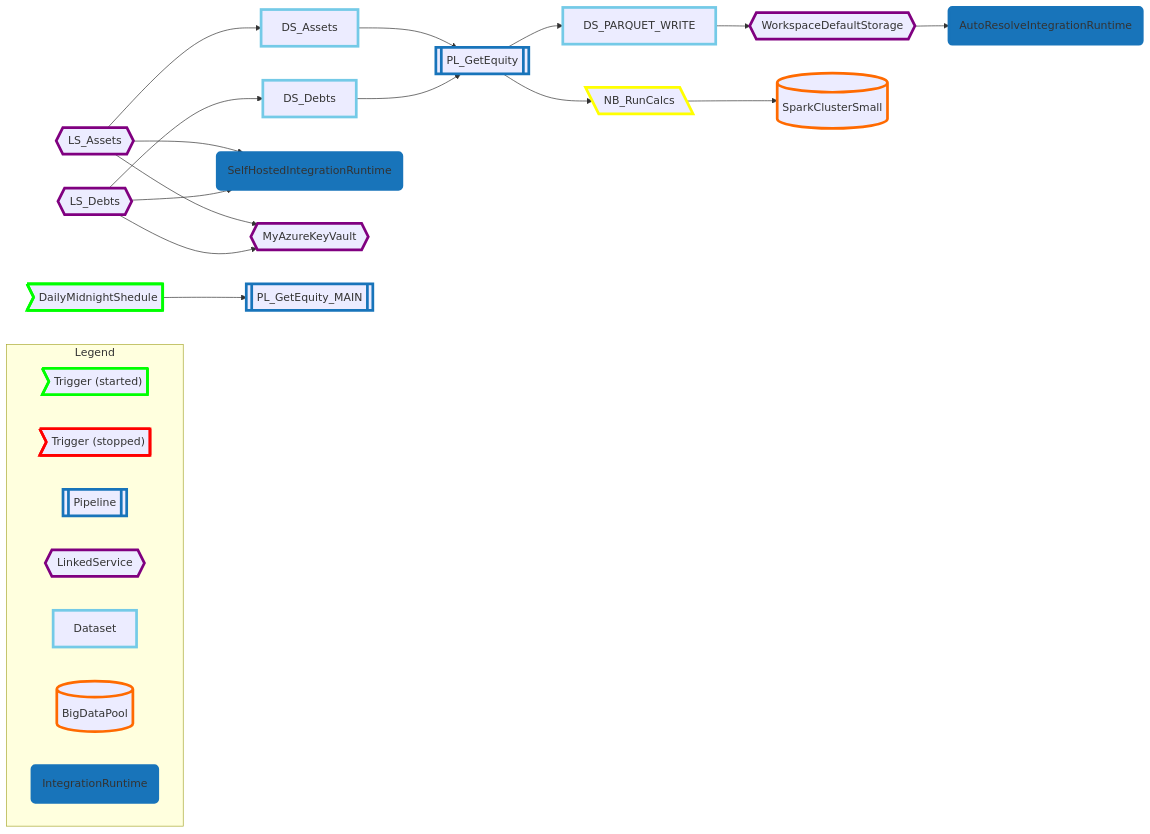
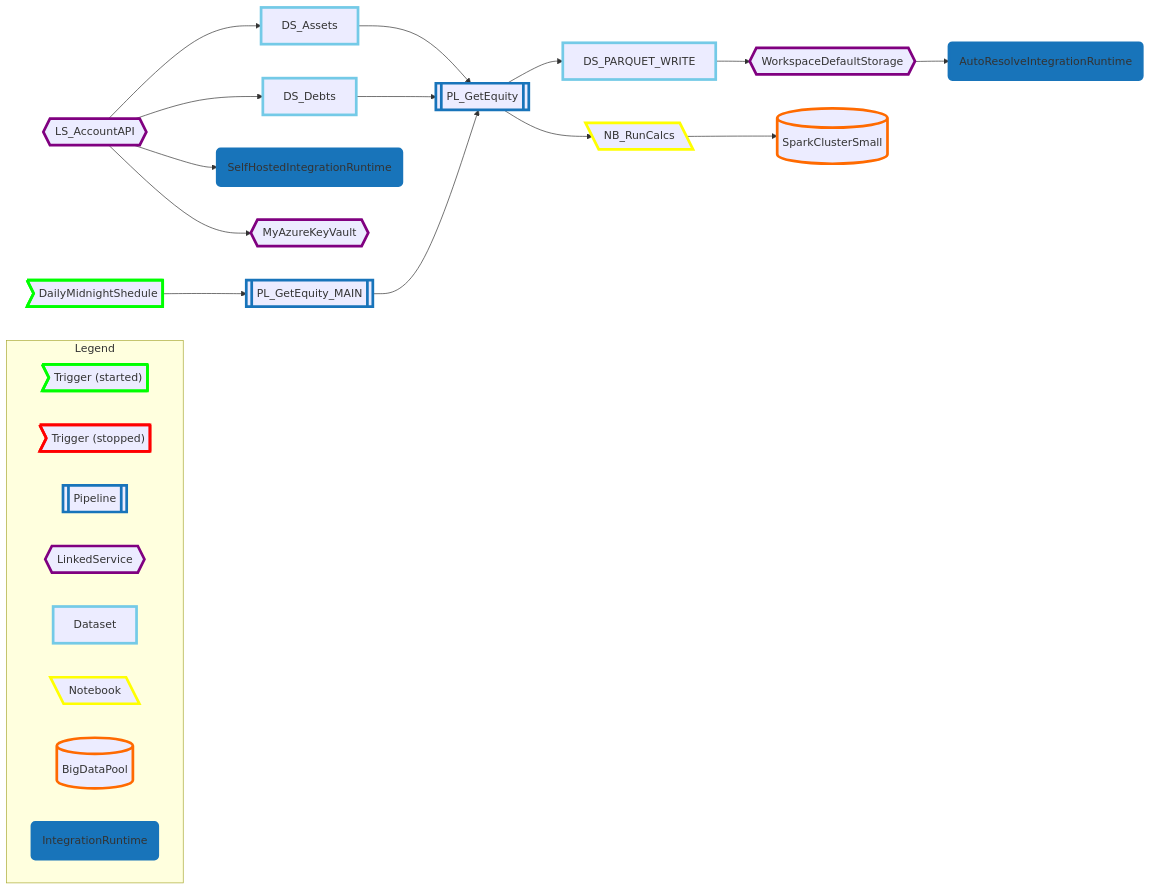
The diagram in readme.md (mzhukovs/synapse-graph-devops-ext), drawn with Mermaid before and after one commit. The commit also changed 3 other files, not shown here.

Commit message:
update example graph output and screenshot

````diff
--- a/readme.md
+++ b/readme.md
@@ -30,41 +30,41 @@
 ```mermaid
 graph LR;
 
         classDef redBorder stroke:red,stroke-width:4px;
         classDef greenBorder stroke:#0f0,stroke-width:4px;
         classDef blueBorder stroke:#1874BA,stroke-width:4px;
         classDef blueFill stroke:#1874BA,fill:#1874BA,stroke-width:4px;
         classDef lightBlueBorder stroke:#74CAE7,stroke-width:4px;
         classDef lightBlueFill stroke:#74CAE7,fill:#74CAE7,stroke-width:4px,color:black;
         classDef orangeBorder stroke:#FF6A00,stroke-width:4px;
         classDef yellowBorder stroke:yellow,stroke-width:4px;
         classDef whiteBorder stroke:white,stroke-width:4px;
         classDef purpleBorder stroke:purple,stroke-width:4px;
         classDef grayBorder stroke:gray,stroke-width:4px;
         classDef grayFill stroke:gray,fill:gray,stroke-width:4px;
 
 subgraph Legend
 direction RL;
 LegendTriggerStarted>"Trigger (started)"]:::greenBorder
 LegendTriggerStopped>"Trigger (stopped)"]:::redBorder
 LegendPipeline[["Pipeline"]]:::blueBorder
 LegendLinkedService{{"LinkedService"}}:::purpleBorder
 LegendDataset["Dataset"]:::lightBlueBorder
+LegendNotebook[\"Notebook"\]:::yellowBorder
 LegendBigDataPool[("BigDataPool")]:::orangeBorder
 LegendIntegrationRuntime("IntegrationRuntime"):::blueFill
 end
 0{{"WorkspaceDefaultStorage"}}:::purpleBorder --> 7("AutoResolveIntegrationRuntime"):::blueFill
 2["DS_PARQUET_WRITE"]:::lightBlueBorder --> 0{{"WorkspaceDefaultStorage"}}:::purpleBorder
 3["DS_Assets"]:::lightBlueBorder --> 11[["PL_GetEquity"]]:::blueBorder
-4{{"LS_Assets"}}:::purpleBorder --> 10{{"MyAzureKeyVault"}}:::purpleBorder
-4{{"LS_Assets"}}:::purpleBorder --> 9("SelfHostedIntegrationRuntime"):::blueFill
-4{{"LS_Assets"}}:::purpleBorder --> 3["DS_Assets"]:::lightBlueBorder
+4{{"LS_AccountAPI"}}:::purpleBorder --> 10{{"MyAzureKeyVault"}}:::purpleBorder
+4{{"LS_AccountAPI"}}:::purpleBorder --> 9("SelfHostedIntegrationRuntime"):::blueFill
+4{{"LS_AccountAPI"}}:::purpleBorder --> 3["DS_Assets"]:::lightBlueBorder
+4{{"LS_AccountAPI"}}:::purpleBorder --> 5["DS_Debts"]:::lightBlueBorder
 5["DS_Debts"]:::lightBlueBorder --> 11[["PL_GetEquity"]]:::blueBorder
-6{{"LS_Debts"}}:::purpleBorder --> 10{{"MyAzureKeyVault"}}:::purpleBorder
-6{{"LS_Debts"}}:::purpleBorder --> 9("SelfHostedIntegrationRuntime"):::blueFill
-6{{"LS_Debts"}}:::purpleBorder --> 5["DS_Debts"]:::lightBlueBorder
 11[["PL_GetEquity"]]:::blueBorder --> 2["DS_PARQUET_WRITE"]:::lightBlueBorder
 11[["PL_GetEquity"]]:::blueBorder --> 14[\"NB_RunCalcs"\]:::yellowBorder
 14[\"NB_RunCalcs"\]:::yellowBorder  --> 15[("SparkClusterSmall")]:::orangeBorder
 13>"DailyMidnightShedule"]:::greenBorder --> 12[["PL_GetEquity_MAIN"]]:::blueBorder
+12[["PL_GetEquity_MAIN"]]:::blueBorder --> 11[["PL_GetEquity"]]:::blueBorder
 ```
````
